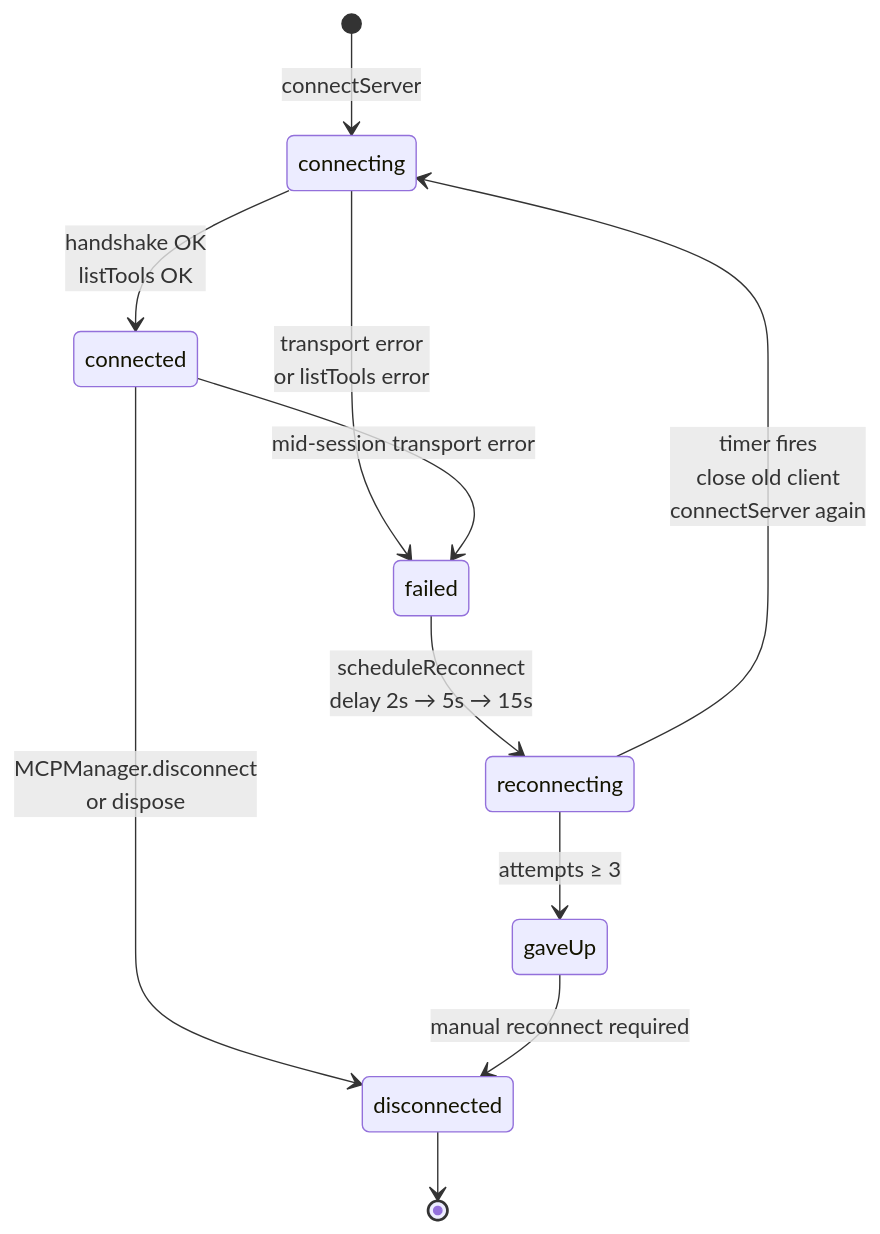
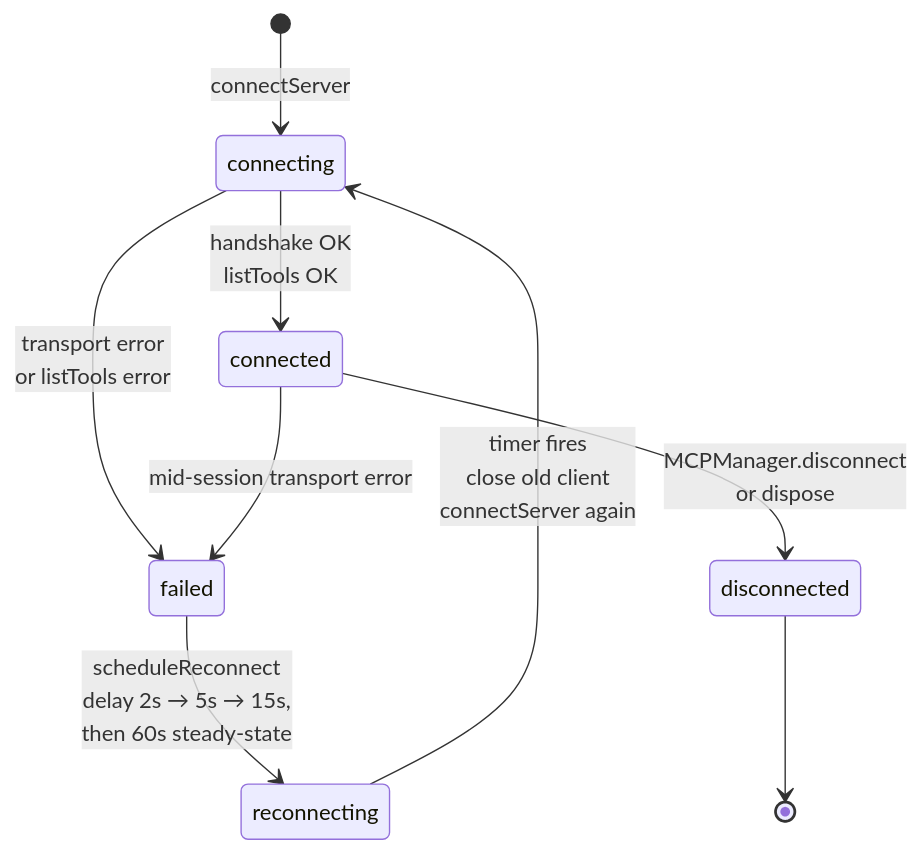
One commit to nedonatelli/sidecar changed the third of 4 diagrams in docs/mcp-lifecycle-diagram.md. Above: the diagram before and after it, drawn with Mermaid. The commit also changed other lines of this file and 39 other files, not shown here.

````diff
--- a/docs/mcp-lifecycle-diagram.md
+++ b/docs/mcp-lifecycle-diagram.md
@@ -99,13 +100,11 @@
 ```mermaid
 stateDiagram-v2
     [*] --> connecting: connectServer
     connecting --> connected: handshake OK<br/>listTools OK
     connecting --> failed: transport error<br/>or listTools error
-    failed --> reconnecting: scheduleReconnect<br/>delay 2s → 5s → 15s
+    failed --> reconnecting: scheduleReconnect<br/>delay 2s → 5s → 15s,<br/>then 60s steady-state
     reconnecting --> connecting: timer fires<br/>close old client<br/>connectServer again
-    reconnecting --> gaveUp: attempts ≥ 3
     connected --> failed: mid-session transport error
     connected --> disconnected: MCPManager.disconnect<br/>or dispose
-    gaveUp --> disconnected: manual reconnect required
     disconnected --> [*]
 ```
````
